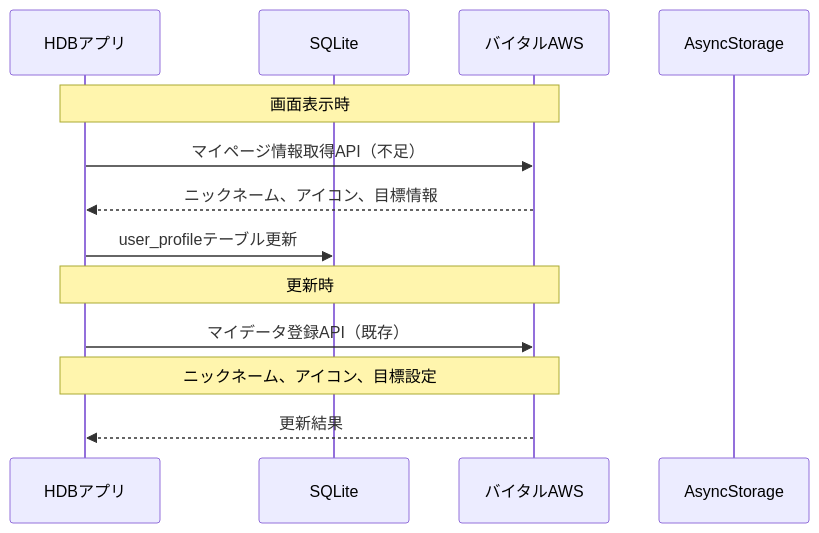
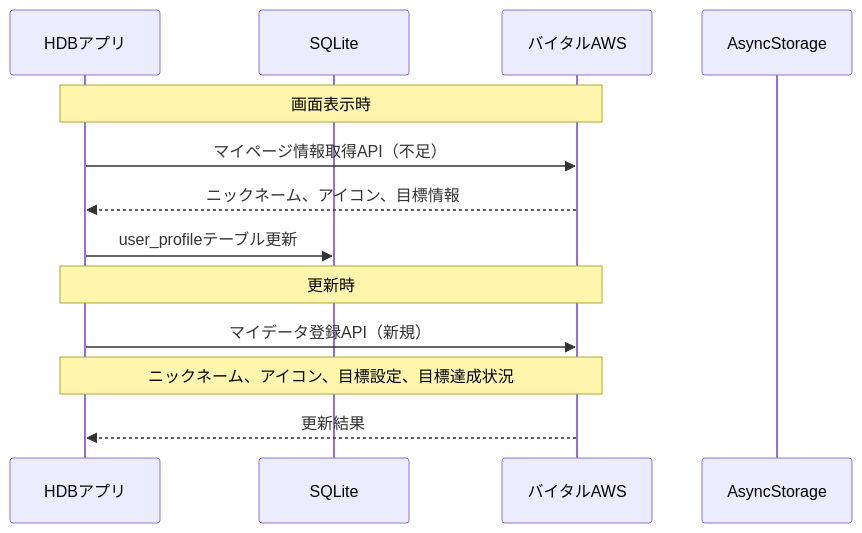
One commit to sasaibu/hdb changed the sixth of 13 diagrams in doc/QA/画面別API通信図.md. Above: the diagram before and after it, drawn with Mermaid. The commit also changed other lines of this file, not shown here.

````diff
--- a/doc/QA/画面別API通信図.md
+++ b/doc/QA/画面別API通信図.md
@@ -113,17 +124,17 @@
 ```mermaid
 sequenceDiagram
     participant App as HDBアプリ
     participant DB as SQLite
     participant AWS as バイタルAWS
     participant Storage as AsyncStorage
     
     Note over App,AWS: 画面表示時
     App->>AWS: マイページ情報取得API（不足）
     AWS-->>App: ニックネーム、アイコン、目標情報
     App->>DB: user_profileテーブル更新
     
     Note over App,AWS: 更新時
-    App->>AWS: マイデータ登録API（既存）
-    Note over App,AWS: ニックネーム、アイコン、目標設定
+    App->>AWS: マイデータ登録API（新規）
+    Note over App,AWS: ニックネーム、アイコン、目標設定、目標達成状況
     AWS-->>App: 更新結果
 ```
````
